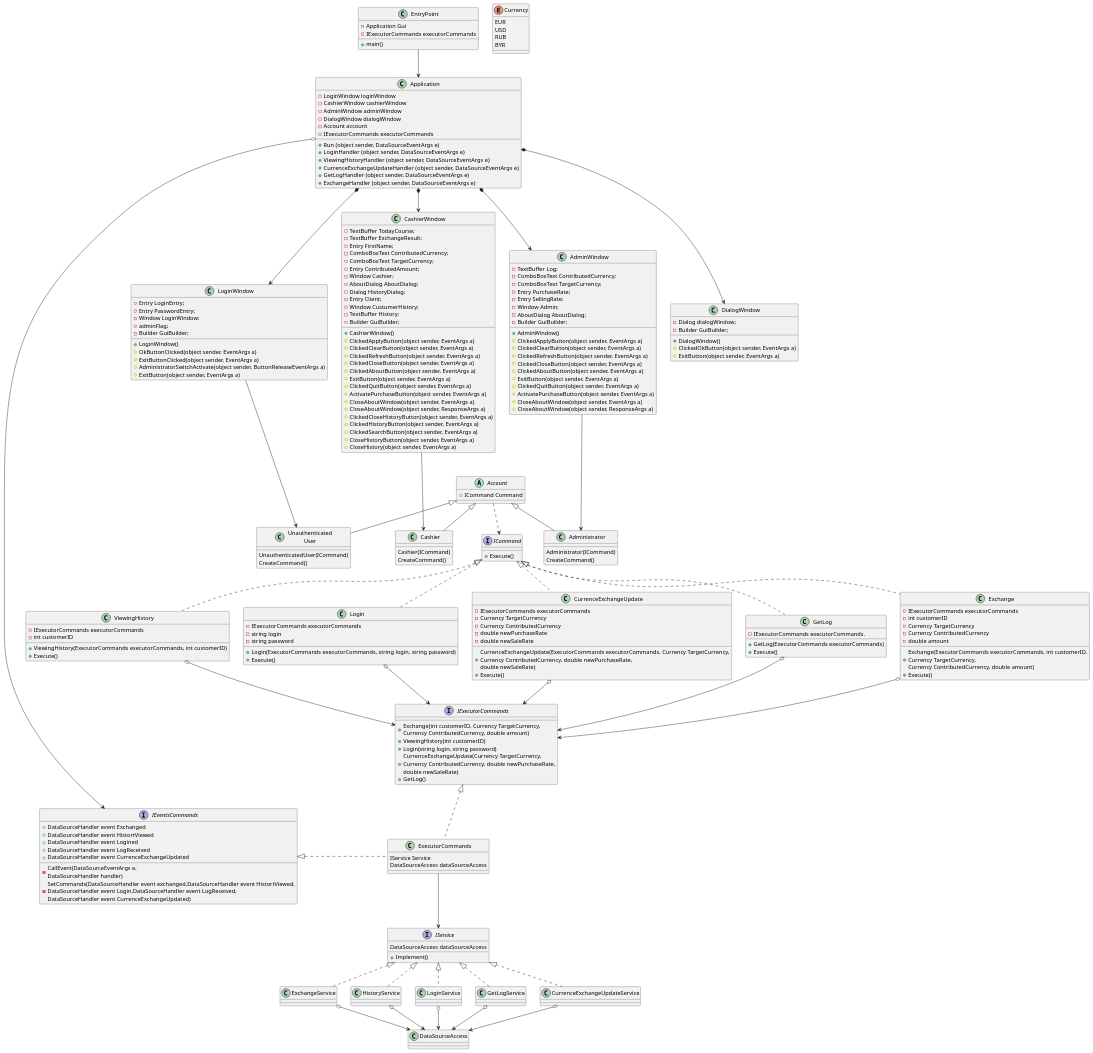
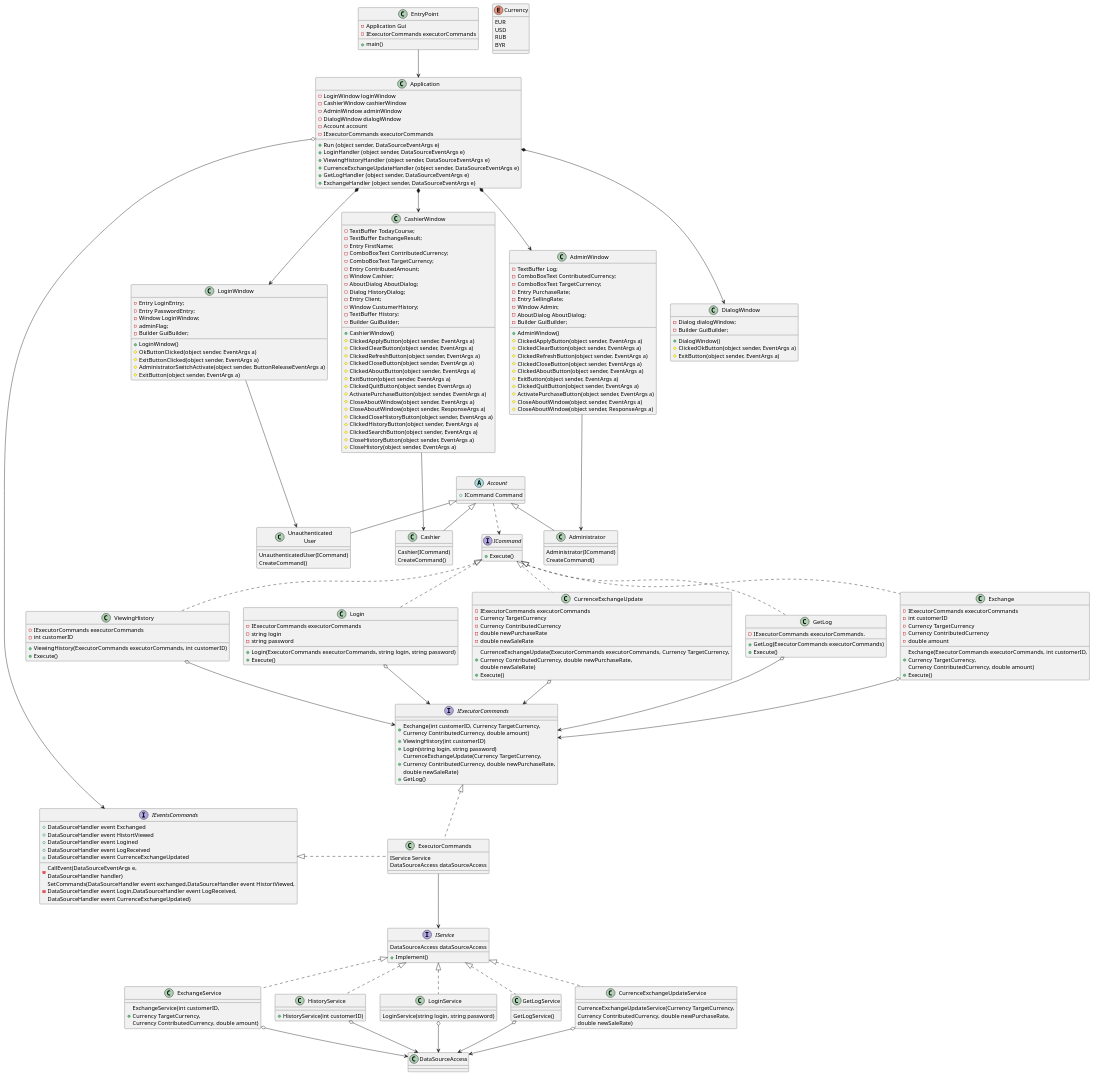
One commit to DanilaKe/ExchangeOfficeApplication changed the diagram in ExchangeOfficeApplication/UML/ClassDiagram.puml. Above: the diagram before and after it, drawn with PlantUML. The commit also changed 1 other file, not shown here.

Commit message:
class diagram.

```diff
--- a/ExchangeOfficeApplication/UML/ClassDiagram.puml
+++ b/ExchangeOfficeApplication/UML/ClassDiagram.puml
@@ -255,6 +255,31 @@
     #ExitButton(object sender, EventArgs a)
 }
 
+class ExchangeService
+{
+    +ExchangeService(int customerID,\nCurrency TargetCurrency,\nCurrency ContributedCurrency, double amount)
+}
+
+class HistoryService
+{
+    +HistoryService(int customerID)
+}
+
+class LoginService
+{
+     LoginService(string login, string password)
+}
+
+class GetLogService
+{
+    GetLogService()
+}
+
+class CurrenceExchangeUpdateService
+{
+    CurrenceExchangeUpdateService(Currency TargetCurrency,\nCurrency ContributedCurrency, double newPurchaseRate,\ndouble newSaleRate)
+}
+
 IExecutorCommands <|.. ExecutorCommands
 IEventsCommands <|. ExecutorCommands
 
```
